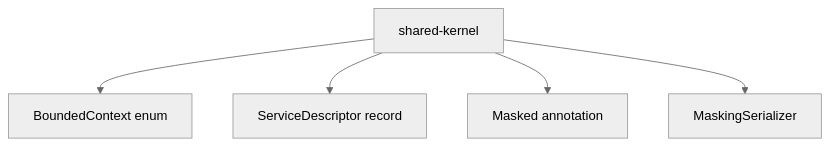
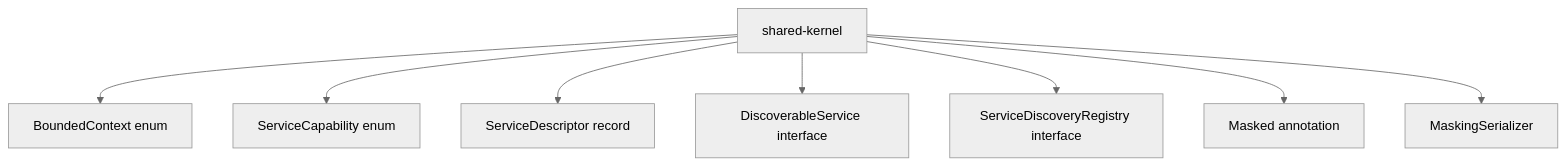
The diagram in shared-kernel/docs/schema.md (skyg547/account), drawn with Mermaid (neutral theme) before and after one commit. The commit also changed other lines of this file and 29 other files, not shown here.

````diff
--- a/shared-kernel/docs/schema.md
+++ b/shared-kernel/docs/schema.md
@@ -5,8 +5,11 @@
 ```mermaid
 flowchart TD
     A[shared-kernel]
     A --> B[BoundedContext enum]
-    A --> C[ServiceDescriptor record]
-    A --> D[Masked annotation]
-    A --> E[MaskingSerializer]
+    A --> C[ServiceCapability enum]
+    A --> D[ServiceDescriptor record]
+    A --> E[DiscoverableService interface]
+    A --> F[ServiceDiscoveryRegistry interface]
+    A --> G[Masked annotation]
+    A --> H[MaskingSerializer]
 ```
````
